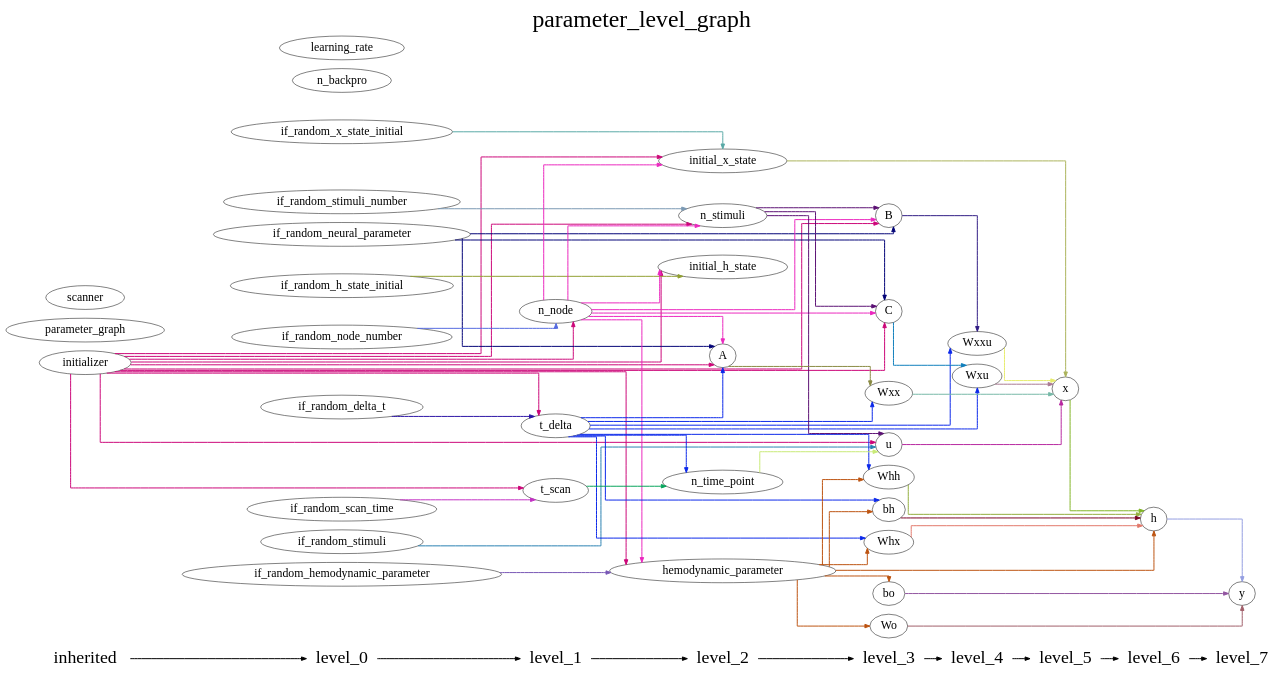
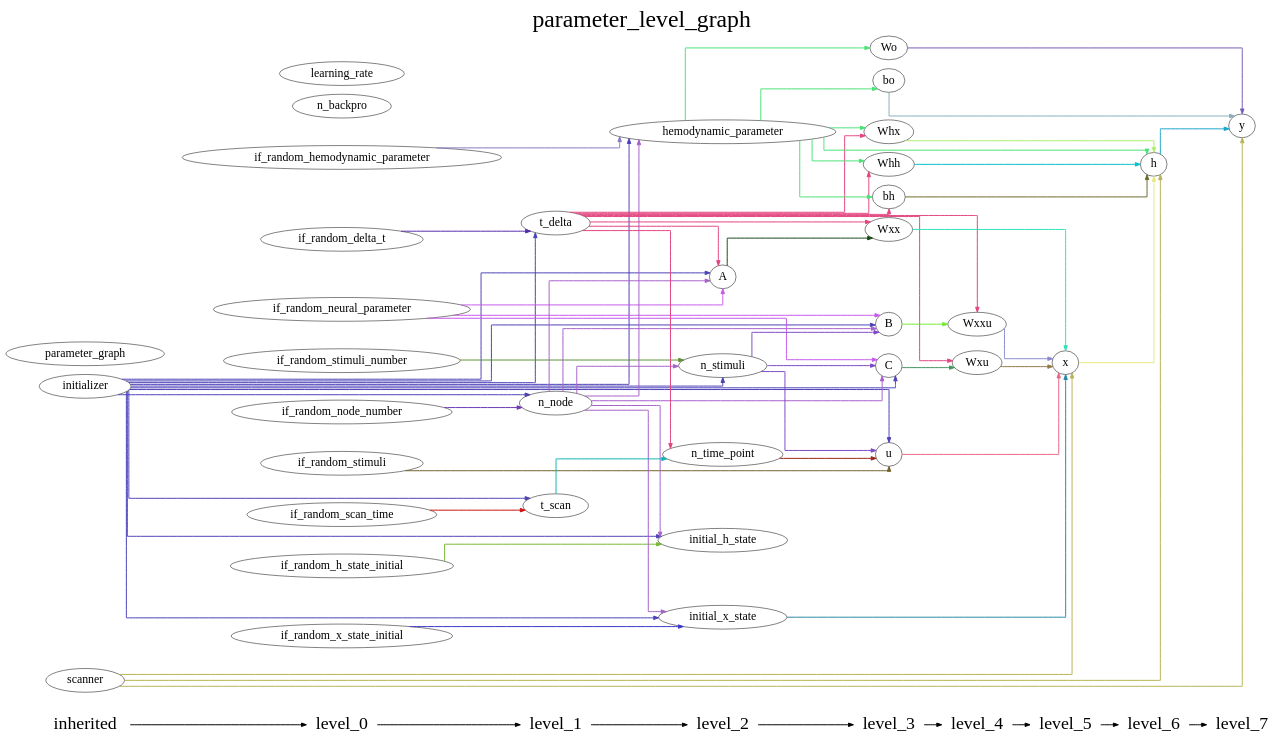
The diagram in DCM_RNN/documents/parameter_level_graph.gv (YuanWangOnward/DCM_RNN), drawn with Graphviz before and after one commit. The commit also changed 9 other files, not shown here.

Commit message:
Update parameter graph relationship graph

```diff
--- a/DCM_RNN/documents/parameter_level_graph.gv
+++ b/DCM_RNN/documents/parameter_level_graph.gv
@@ -1,154 +1,156 @@
 digraph G {
           splines=ortho;
           fontsize = 48;
           rankdir = "LR";
           node[fontsize=24];
           edge[penwidth=2];
           {
           node [shape=plaintext fontsize=36];
           inherited -> 
           level_0 -> 
           level_1 -> 
           level_2 -> 
           level_3 -> 
           level_4 -> 
           level_5 -> 
           level_6 -> 
           level_7
           }
           {rank = same;
           inherited;
           initializer;
           parameter_graph;
           scanner;
           }
           {rank = same;
           level_0;
           if_random_neural_parameter;
           if_random_hemodynamic_parameter;
           if_random_x_state_initial;
           if_random_h_state_initial;
           if_random_stimuli;
           if_random_node_number;
           if_random_stimuli_number;
           if_random_delta_t;
           if_random_scan_time;
           n_backpro;
           learning_rate;
           }
           {rank = same;
           level_1;
           n_node;
           t_delta;
           t_scan;
           }
           {rank = same;
           level_2;
           n_time_point;
           n_stimuli;
           A;
           hemodynamic_parameter;
           initial_x_state;
           initial_h_state;
           }
           {rank = same;
           level_3;
           u;
           B;
           C;
           Wxx;
           Whx;
           Whh;
           bh;
           Wo;
           bo;
           }
           {rank = same;
           level_4;
           Wxxu;
           Wxu;
           }
           {rank = same;
           level_5;
           x;
           }
           {rank = same;
           level_6;
           h;
           }
           {rank = same;
           level_7;
           y;
           }
-          n_stimuli -> B [color="#5B1073"];
-          n_stimuli -> C [color="#5B1073"];
-          n_stimuli -> u [color="#5B1073"];
-          if_random_stimuli -> u [color="#2881B1"];
-          Whx -> h [color="#E2776A"];
+          hemodynamic_parameter -> bo [color="#49E277"];
+          hemodynamic_parameter -> Whx [color="#49E277"];
+          hemodynamic_parameter -> Wo [color="#49E277"];
+          hemodynamic_parameter -> bh [color="#49E277"];
+          hemodynamic_parameter -> Whh [color="#49E277"];
+          hemodynamic_parameter -> h [color="#49E277"];
+          parameter_graph ;
+          C -> Wxu [color="#449561"];
+          t_delta -> n_time_point [color="#E34581"];
+          t_delta -> Wxx [color="#E34581"];
+          t_delta -> Whx [color="#E34581"];
+          t_delta -> A [color="#E34581"];
+          t_delta -> bh [color="#E34581"];
+          t_delta -> Wxu [color="#E34581"];
+          t_delta -> Whh [color="#E34581"];
+          t_delta -> Wxxu [color="#E34581"];
+          n_time_point -> u [color="#9B2314"];
+          u -> x [color="#EA6587"];
+          n_node -> hemodynamic_parameter [color="#A660CB"];
+          n_node -> C [color="#A660CB"];
+          n_node -> initial_h_state [color="#A660CB"];
+          n_node -> B [color="#A660CB"];
+          n_node -> A [color="#A660CB"];
+          n_node -> initial_x_state [color="#A660CB"];
+          n_node -> n_stimuli [color="#A660CB"];
+          if_random_node_number -> n_node [color="#6E38B4"];
+          initial_h_state ;
+          B -> Wxxu [color="#73EB35"];
+          if_random_stimuli_number -> n_stimuli [color="#5B9034"];
+          bo -> y [color="#86AEB9"];
+          Wxx -> x [color="#2AE3B7"];
+          Whx -> h [color="#AEEE6C"];
+          A -> Wxx [color="#144814"];
+          Wo -> y [color="#775BB8"];
+          if_random_neural_parameter -> C [color="#C859EC"];
+          if_random_neural_parameter -> B [color="#C859EC"];
+          if_random_neural_parameter -> A [color="#C859EC"];
+          bh -> h [color="#6C6A2A"];
+          Wxu -> x [color="#927848"];
+          t_scan -> n_time_point [color="#0EB3B3"];
+          if_random_delta_t -> t_delta [color="#5629AA"];
           learning_rate ;
-          t_scan -> n_time_point [color="#06A45B"];
-          B -> Wxxu [color="#301C85"];
-          A -> Wxx [color="#898A42"];
-          n_time_point -> u [color="#C9EA76"];
-          Whh -> h [color="#93AE3E"];
-          bh -> h [color="#780223"];
-          initial_x_state -> x [color="#ABB35B"];
-          if_random_neural_parameter -> B [color="#010276"];
-          if_random_neural_parameter -> C [color="#010276"];
-          if_random_neural_parameter -> A [color="#010276"];
-          scanner ;
-          if_random_x_state_initial -> initial_x_state [color="#59A9A6"];
-          hemodynamic_parameter -> Whx [color="#BC5310"];
-          hemodynamic_parameter -> bh [color="#BC5310"];
-          hemodynamic_parameter -> h [color="#BC5310"];
-          hemodynamic_parameter -> Whh [color="#BC5310"];
-          hemodynamic_parameter -> bo [color="#BC5310"];
-          hemodynamic_parameter -> Wo [color="#BC5310"];
+          initial_x_state -> x [color="#2889A4"];
+          scanner -> x [color="#B6B456"];
+          scanner -> h [color="#B6B456"];
+          scanner -> y [color="#B6B456"];
+          if_random_stimuli -> u [color="#72622A"];
+          h -> y [color="#19A5CA"];
           n_backpro ;
-          bo -> y [color="#9255A0"];
-          n_node -> n_stimuli [color="#EB27BE"];
-          n_node -> B [color="#EB27BE"];
-          n_node -> initial_h_state [color="#EB27BE"];
-          n_node -> hemodynamic_parameter [color="#EB27BE"];
-          n_node -> C [color="#EB27BE"];
-          n_node -> initial_x_state [color="#EB27BE"];
-          n_node -> A [color="#EB27BE"];
-          if_random_scan_time -> t_scan [color="#C331C4"];
-          initializer -> n_stimuli [color="#CC0678"];
-          initializer -> t_scan [color="#CC0678"];
-          initializer -> B [color="#CC0678"];
-          initializer -> initial_h_state [color="#CC0678"];
-          initializer -> hemodynamic_parameter [color="#CC0678"];
-          initializer -> C [color="#CC0678"];
-          initializer -> n_node [color="#CC0678"];
-          initializer -> initial_x_state [color="#CC0678"];
-          initializer -> u [color="#CC0678"];
-          initializer -> A [color="#CC0678"];
-          initializer -> t_delta [color="#CC0678"];
+          if_random_h_state_initial -> initial_h_state [color="#76B933"];
+          Whh -> h [color="#03BECC"];
+          if_random_x_state_initial -> initial_x_state [color="#3B35C9"];
+          x -> h [color="#E7E87E"];
+          n_stimuli -> C [color="#7B4AC5"];
+          n_stimuli -> u [color="#7B4AC5"];
+          n_stimuli -> B [color="#7B4AC5"];
           y ;
-          Wxxu -> x [color="#E7EC6C"];
-          Wxu -> x [color="#A97993"];
-          h -> y [color="#949EE1"];
-          if_random_hemodynamic_parameter -> hemodynamic_parameter [color="#7857B5"];
-          Wxx -> x [color="#76B8A7"];
-          initial_h_state ;
-          C -> Wxu [color="#0E7EBC"];
-          if_random_node_number -> n_node [color="#556AE0"];
-          parameter_graph ;
-          Wo -> y [color="#A05E69"];
-          u -> x [color="#B727A0"];
-          if_random_delta_t -> t_delta [color="#2C14A6"];
-          t_delta -> Whx [color="#0A27EA"];
-          t_delta -> n_time_point [color="#0A27EA"];
-          t_delta -> bh [color="#0A27EA"];
-          t_delta -> Wxu [color="#0A27EA"];
-          t_delta -> Wxxu [color="#0A27EA"];
-          t_delta -> Whh [color="#0A27EA"];
-          t_delta -> Wxx [color="#0A27EA"];
-          t_delta -> A [color="#0A27EA"];
-          x -> h [color="#80B425"];
-          if_random_h_state_initial -> initial_h_state [color="#91A032"];
-          if_random_stimuli_number -> n_stimuli [color="#7A99B3"];
+          initializer -> hemodynamic_parameter [color="#4C40B7"];
+          initializer -> C [color="#4C40B7"];
+          initializer -> t_delta [color="#4C40B7"];
+          initializer -> u [color="#4C40B7"];
+          initializer -> n_node [color="#4C40B7"];
+          initializer -> initial_h_state [color="#4C40B7"];
+          initializer -> B [color="#4C40B7"];
+          initializer -> A [color="#4C40B7"];
+          initializer -> initial_x_state [color="#4C40B7"];
+          initializer -> n_stimuli [color="#4C40B7"];
+          initializer -> t_scan [color="#4C40B7"];
+          Wxxu -> x [color="#8889CE"];
+          if_random_scan_time -> t_scan [color="#CC120E"];
+          if_random_hemodynamic_parameter -> hemodynamic_parameter [color="#8679C1"];
           labelloc = "t";
           label = "parameter_level_graph";
 }
```
